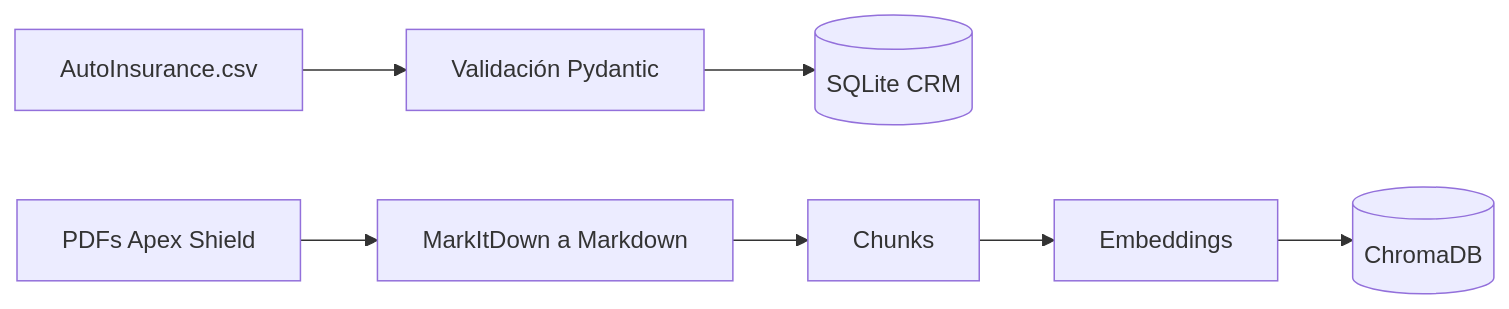
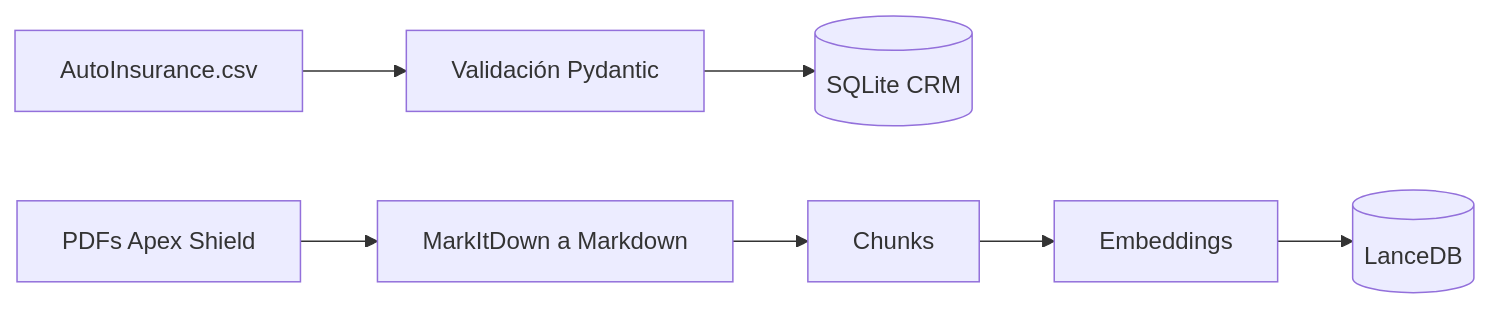
One commit to Ael-Dev/AI-ASSISTANT-INSURANCE changed the first of 2 diagrams in docs/avance.md. Above: the diagram before and after it, drawn with Mermaid. The commit also changed other lines of this file and 1 other file, not shown here.

````diff
--- a/docs/avance.md
+++ b/docs/avance.md
@@ -38,5 +38,5 @@
 ```mermaid
 flowchart LR
     CSV[AutoInsurance.csv] --> VAL[Validación Pydantic] --> SQL[(SQLite CRM)]
-    PDF[PDFs Apex Shield] --> MD[MarkItDown a Markdown] --> CH[Chunks] --> EMB[Embeddings] --> VEC[(ChromaDB)]
+    PDF[PDFs Apex Shield] --> MD[MarkItDown a Markdown] --> CH[Chunks] --> EMB[Embeddings] --> VEC[(LanceDB)]
 ```
````
